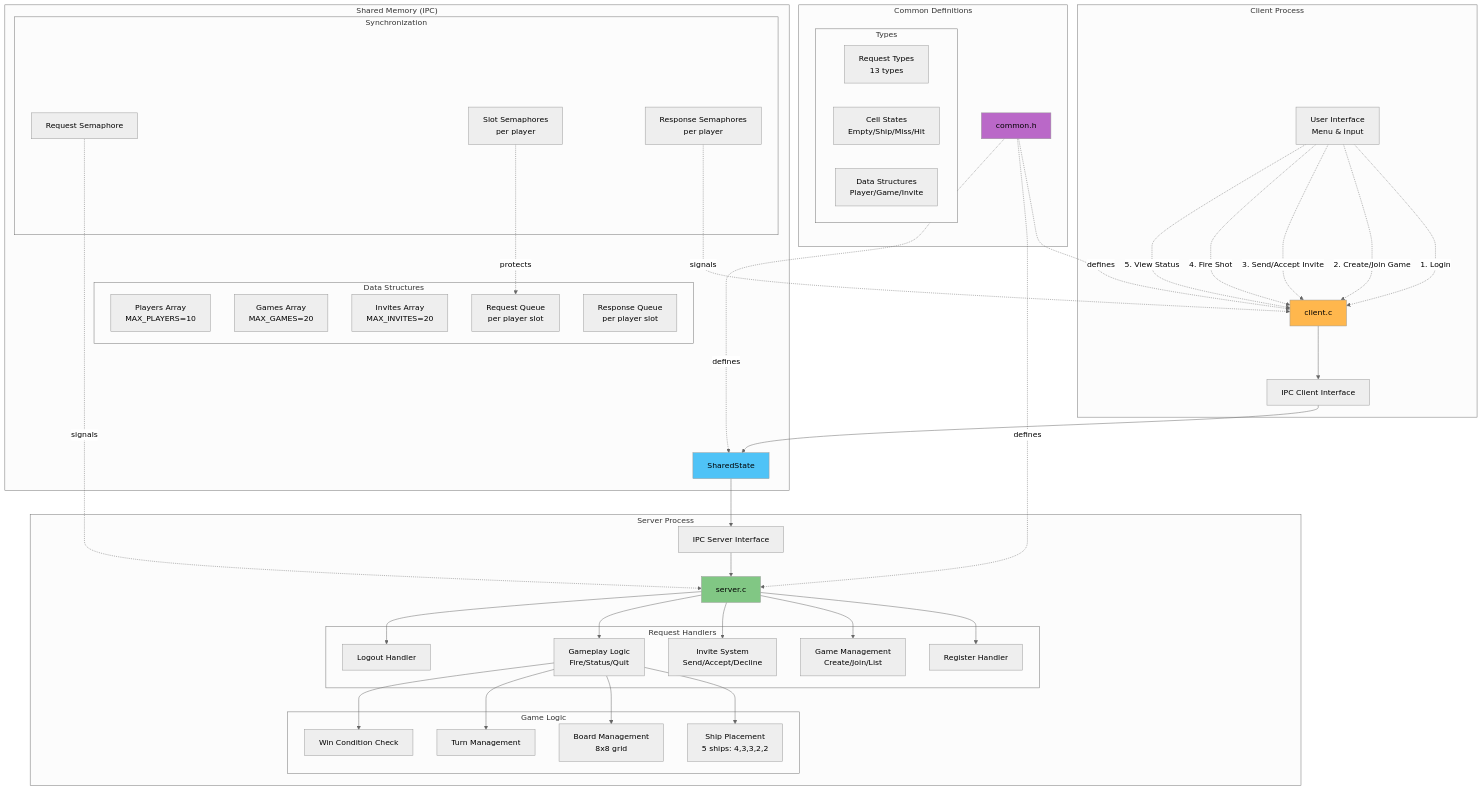
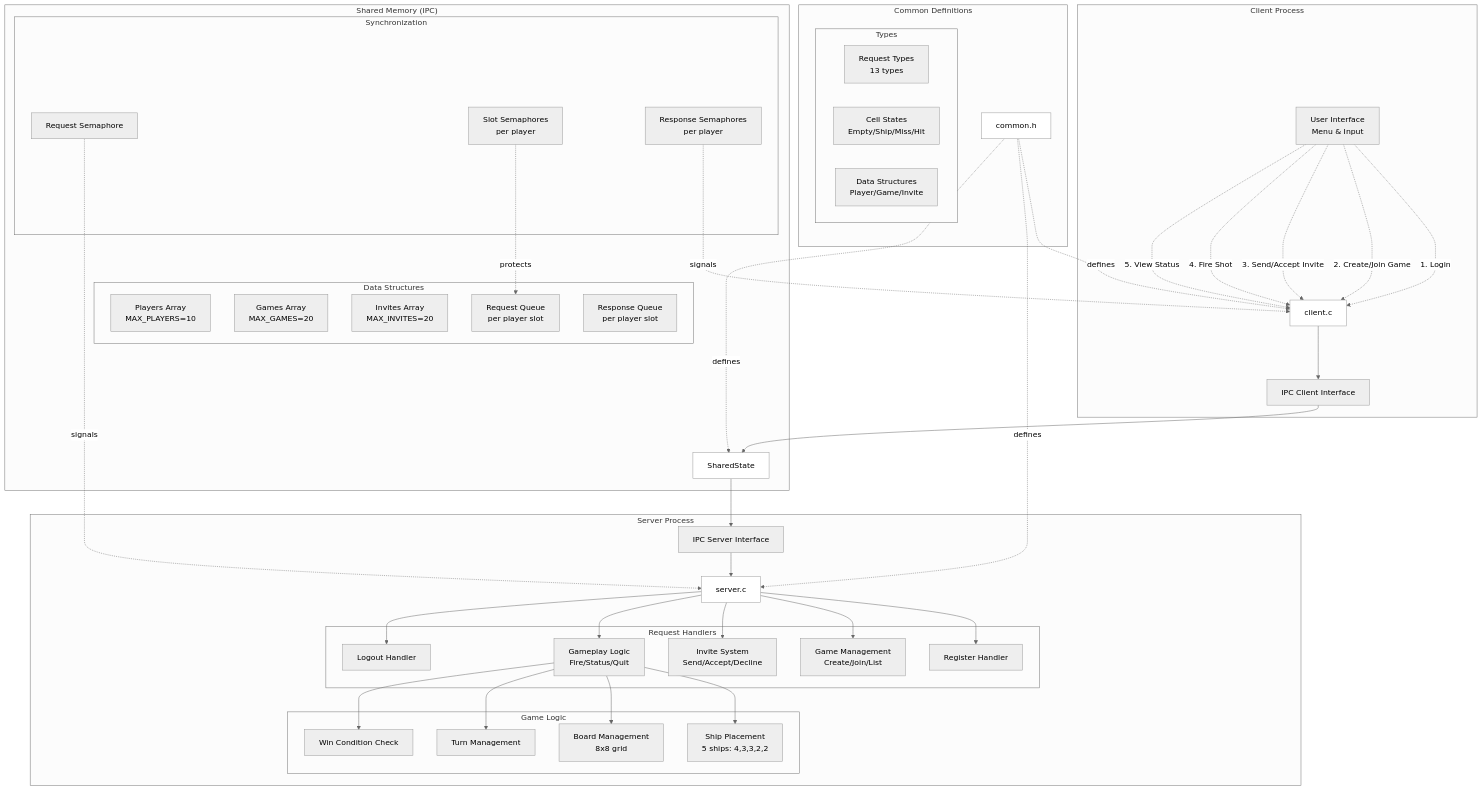
Before and after one commit to GoJIub/OS: the diagram in CP/scheme.md, drawn with Mermaid (neutral theme). The commit also changed 3 other files, not shown here.

````diff
--- a/CP/scheme.md
+++ b/CP/scheme.md
@@ -158,8 +158,8 @@
     SlotSems -.->|protects| Requests
     RespSems -.->|signals| Client
 
-    style SHM fill:#4fc3f7
-    style Client fill:#ffb74d
-    style Server fill:#81c784
-    style CommonH fill:#ba68c8
+    style SHM fill:#ffffff
+    style Client fill:#ffffff
+    style Server fill:#ffffff
+    style CommonH fill:#ffffff
 ```
````
